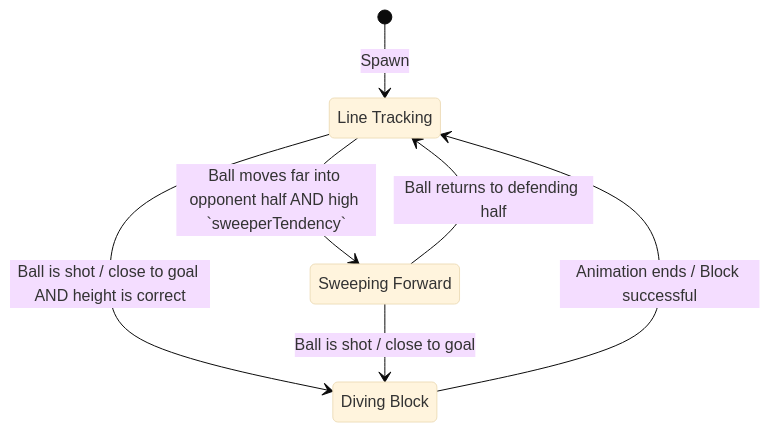
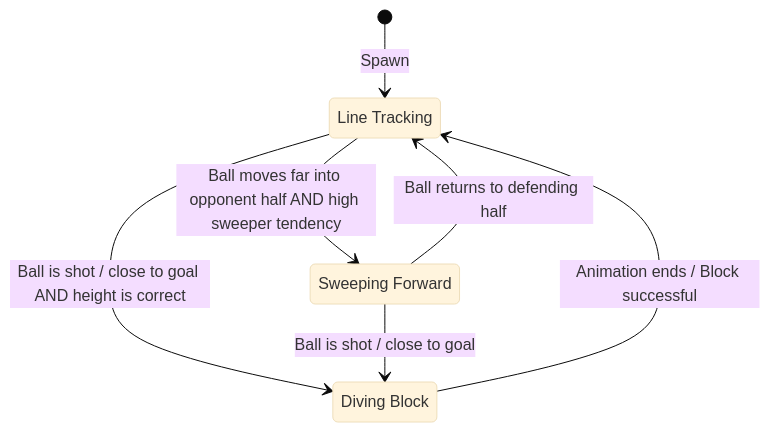
Before and after one commit to salomonerobert/agent-football: the fourth of 4 diagrams in LAB02/README.md, drawn with Mermaid (base theme). The commit also changed other lines of this file and 19 other files, not shown here.

````diff
--- a/LAB02/README.md
+++ b/LAB02/README.md
@@ -208,16 +290,16 @@
 ```mermaid
 stateDiagram-v2
     state "Line Tracking" as Track
     state "Sweeping Forward" as Sweep
     state "Diving Block" as Dive
 
     [*] --> Track : Spawn
 
-    Track --> Sweep : Ball moves far into opponent half AND high `sweeperTendency`
+    Track --> Sweep : Ball moves far into opponent half AND high sweeper tendency
     Sweep --> Track : Ball returns to defending half
 
     Track --> Dive : Ball is shot / close to goal AND height is correct
     Sweep --> Dive : Ball is shot / close to goal
     
     Dive --> Track : Animation ends / Block successful
 ```
````
